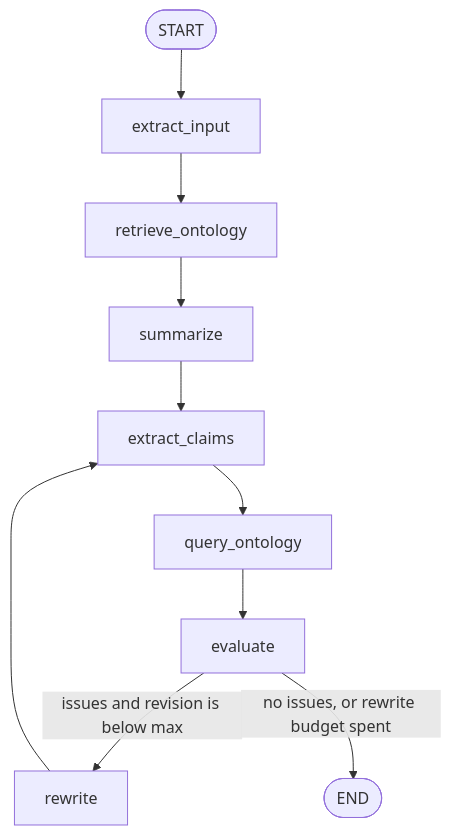
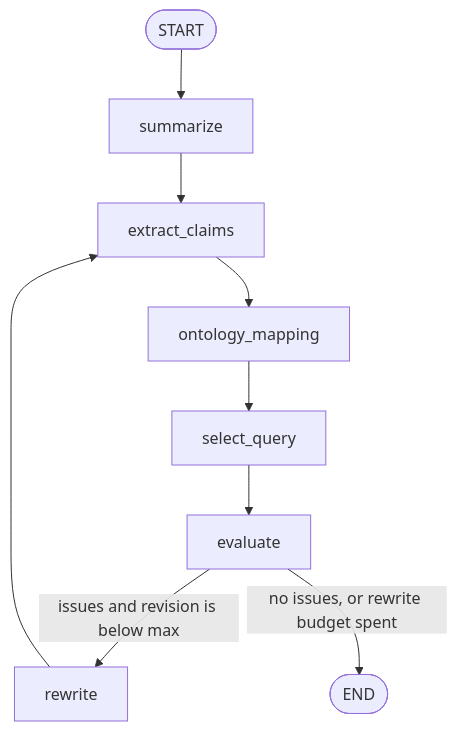
Before and after one commit to moratsja/infoiag-agent: the diagram in README.md, drawn with Mermaid. The commit also changed other lines of this file and 38 other files, not shown here.

````diff
--- a/README.md
+++ b/README.md
@@ -27,12 +27,11 @@
 ```mermaid
 flowchart TD
-  startNode([START]) --> extract_input
-  extract_input --> retrieve_ontology
-  retrieve_ontology --> summarize
+  startNode([START]) --> summarize
   summarize --> extract_claims
-  extract_claims --> query_ontology
-  query_ontology --> evaluate
+  extract_claims --> ontology_mapping
+  ontology_mapping --> select_query
+  select_query --> evaluate
   evaluate -->|issues and revision is below max| rewrite
   rewrite --> extract_claims
   evaluate -->|no issues, or rewrite budget spent| finishNode([END])
 ```
````
